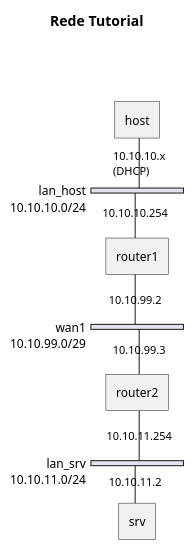
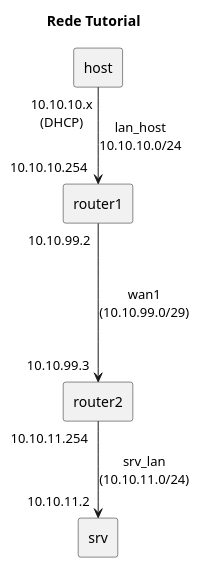
One commit to SpirTBBX/SISTCA-1220956-1221092-1221708-1211104 changed the diagram in network_00_tutorial.puml. Above: the diagram before and after it, drawn with PlantUML. The commit also changed 3 other files, not shown here.

Commit message:
docs: network diagrams for all exercises

```diff
--- a/network_00_tutorial.puml
+++ b/network_00_tutorial.puml
@@ -1,31 +1,17 @@
 @startuml
-'https://plantuml.com/nwdiag
+' https://plantuml.com/component-diagram
 
-title "Rede Tutorial"
+title Rede Tutorial
 
-nwdiag {
-    host
-    network lan_host {
-    width = full
-        address = "10.10.10.0/24"
+rectangle "host" as Host
+rectangle "router1" as Router1
+rectangle "router2" as Router2
+rectangle "srv" as Server
 
-        host [address = "10.10.10.x\n(DHCP)"];
-        router1 [address = "10.10.10.254"];
-    }
+Host "10.10.10.x\n(DHCP)" --> "10.10.10.254" Router1 : "lan_host\n10.10.10.0/24"
 
-    network wan1 {
-    width = full
-    address = "10.10.99.0/29"
-        router1 [address = "10.10.99.2"];
-        router2 [address = "10.10.99.3"]
-    }
+Router1 "10.10.99.2" ---> "10.10.99.3" Router2 : wan1\n(10.10.99.0/29)
 
-    network lan_srv {
-    width = full
-    address = "10.10.11.0/24"
-        router2 [address = "10.10.11.254"];
-        srv [address = "10.10.11.2"]
-    }
+Router2 "10.10.11.254" --> "10.10.11.2" Server : srv_lan\n(10.10.11.0/24)
 
-}
 @enduml
```
